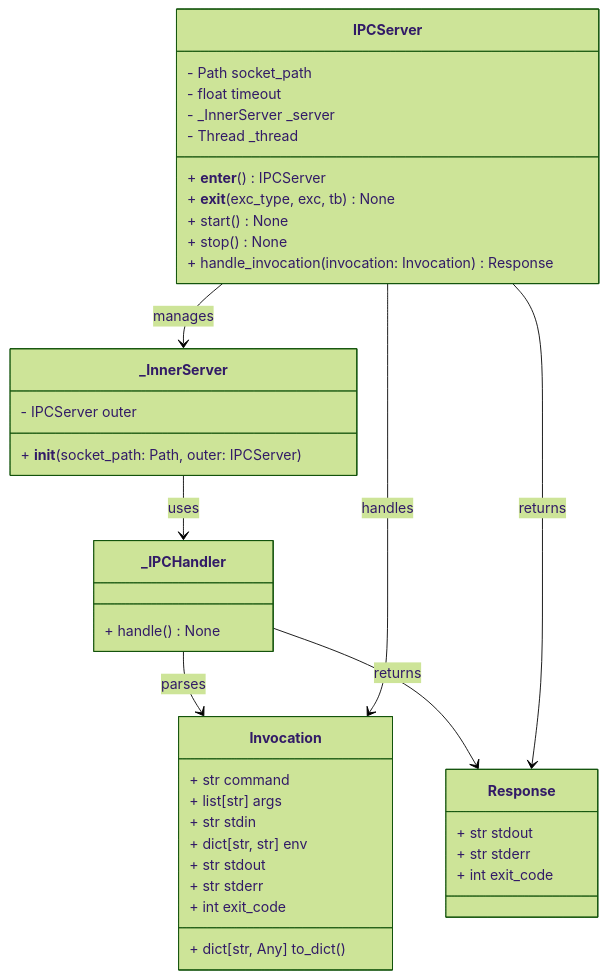
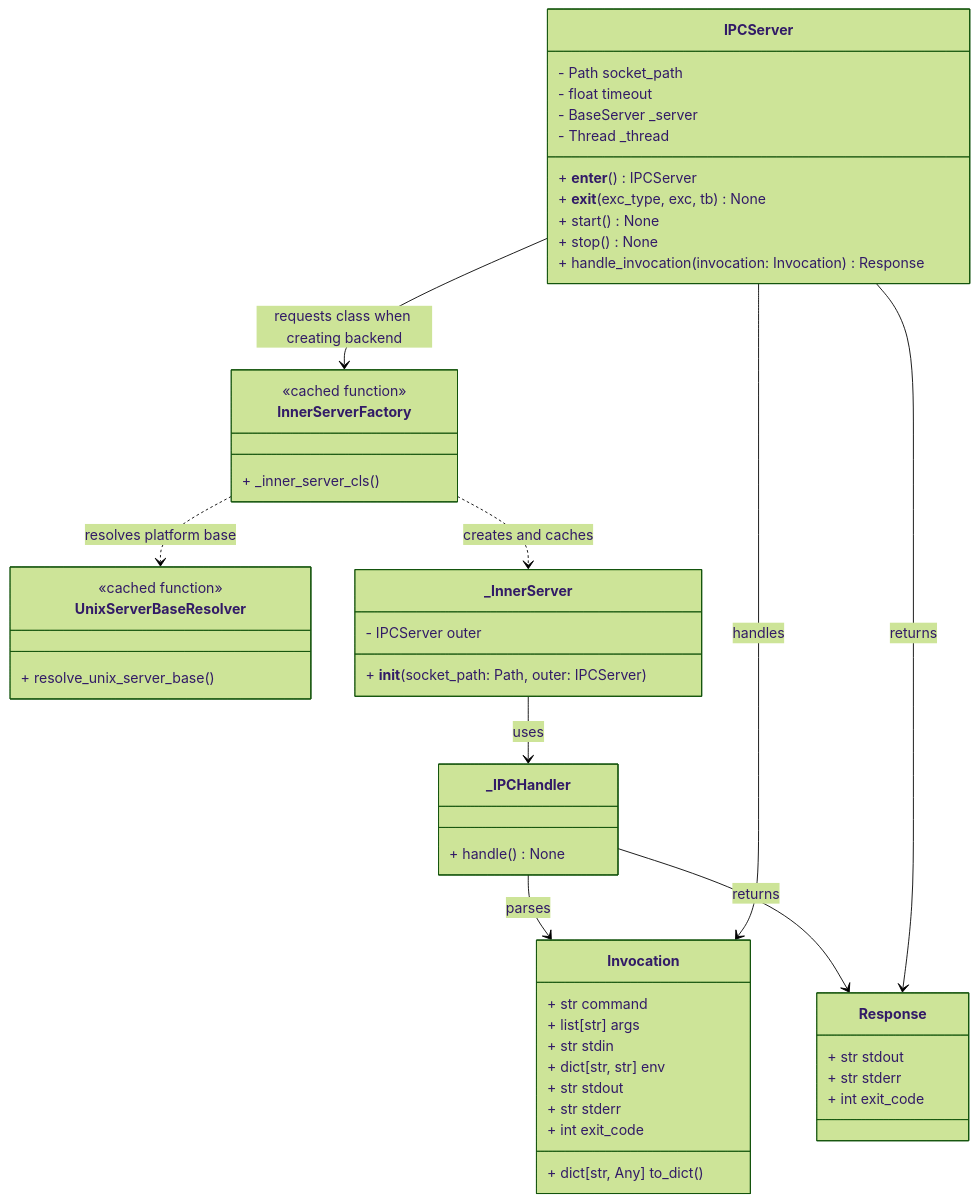
Before and after one commit to leynos/cmd-mox: the sixth of 28 diagrams in docs/python-native-command-mocking-design.md, drawn with Mermaid (forest theme). The commit also changed other lines of this file and 17 other files, not shown here.

````diff
--- a/docs/python-native-command-mocking-design.md
+++ b/docs/python-native-command-mocking-design.md
@@ -799,42 +821,52 @@
 ```mermaid
 classDiagram
     class IPCServer {
         - Path socket_path
         - float timeout
-        - _InnerServer _server
+        - BaseServer _server
         - Thread _thread
         + __enter__() IPCServer
         + __exit__(exc_type, exc, tb) None
         + start() None
         + stop() None
         + handle_invocation(invocation: Invocation) Response
+    }
+    class InnerServerFactory {
+        <<cached function>>
+        + _inner_server_cls()
+    }
+    class UnixServerBaseResolver {
+        <<cached function>>
+        + resolve_unix_server_base()
     }
     class _InnerServer {
         - IPCServer outer
         + __init__(socket_path: Path, outer: IPCServer)
     }
     class _IPCHandler {
         + handle() None
     }
     class Invocation {
         + str command
         + list[str] args
         + str stdin
         + dict[str, str] env
         + str stdout
         + str stderr
         + int exit_code
         + dict[str, Any] to_dict()
     }
     class Response {
         + str stdout
         + str stderr
         + int exit_code
     }
-    IPCServer --> _InnerServer : manages
+    IPCServer --> InnerServerFactory : requests class when creating backend
+    InnerServerFactory ..> UnixServerBaseResolver : resolves platform base
+    InnerServerFactory ..> _InnerServer : creates and caches
     _InnerServer --> _IPCHandler : uses
     _IPCHandler --> Invocation : parses
     _IPCHandler --> Response : returns
     IPCServer --> Invocation : handles
     IPCServer --> Response : returns
 ```
````
